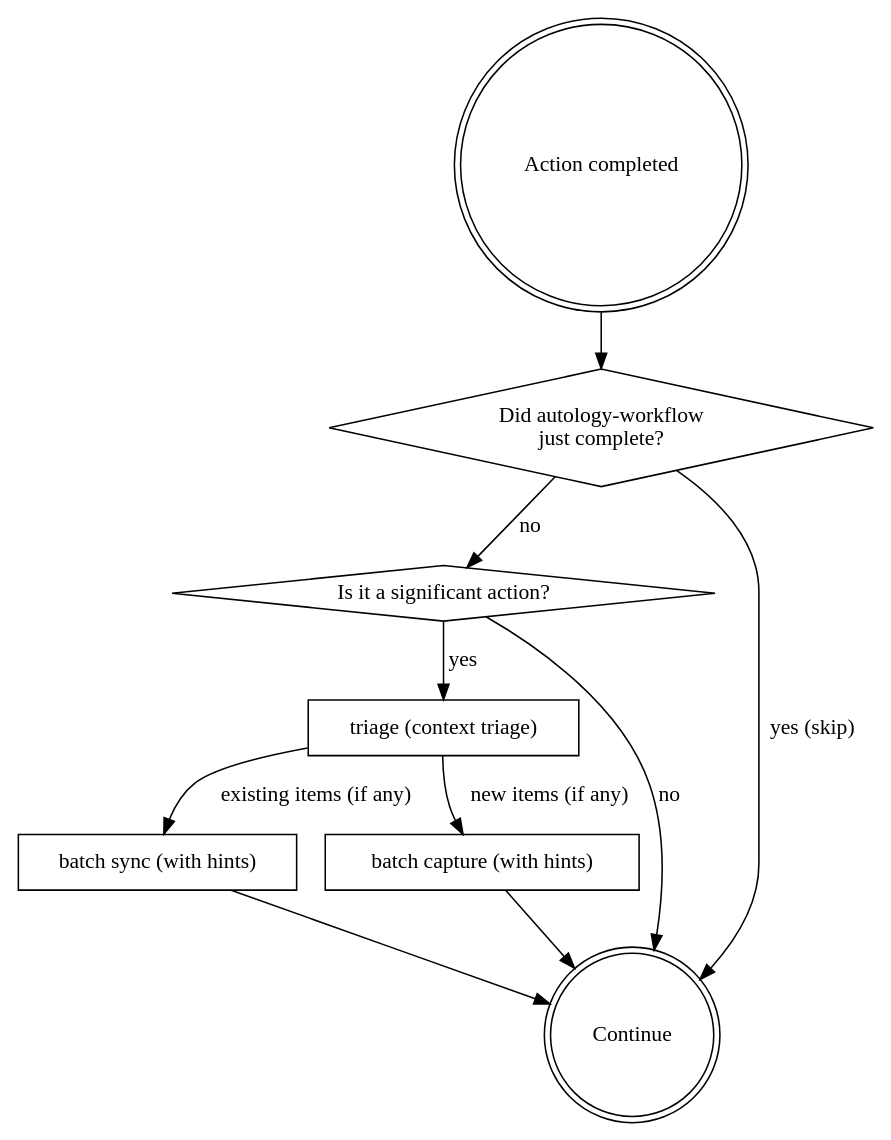
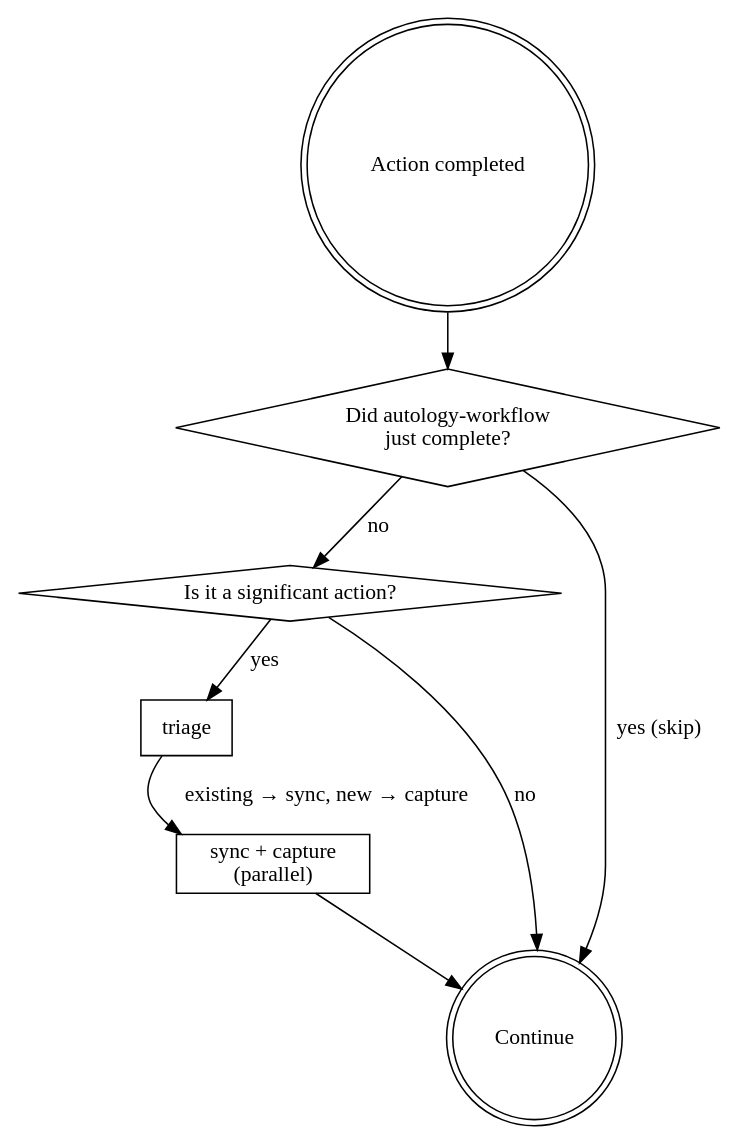
One commit to Curt-Park/autology changed the diagram in skills/autology-workflow/SKILL.md. Above: the diagram before and after it, drawn with Graphviz. The commit also changed other lines of this file, not shown here.

Commit message:
feat(workflow): run sync and capture in parallel after triage
sync and capture consume independent partitions of triage output
(existing → sync, new → capture), so they can run concurrently.

````diff
--- a/skills/autology-workflow/SKILL.md
+++ b/skills/autology-workflow/SKILL.md
@@ -42,21 +41,18 @@
 ```dot
 digraph router {
   "Action completed" [shape=doublecircle];
   "Did autology-workflow\njust complete?" [shape=diamond];
   "Is it a significant action?" [shape=diamond];
-  "triage (context triage)" [shape=box];
-  "batch sync (with hints)" [shape=box];
-  "batch capture (with hints)" [shape=box];
+  "triage" [shape=box];
+  "sync + capture\n(parallel)" [shape=box];
   "Continue" [shape=doublecircle];
 
   "Action completed" -> "Did autology-workflow\njust complete?";
   "Did autology-workflow\njust complete?" -> "Continue" [label="yes (skip)"];
   "Did autology-workflow\njust complete?" -> "Is it a significant action?" [label="no"];
-  "Is it a significant action?" -> "triage (context triage)" [label="yes"];
+  "Is it a significant action?" -> "triage" [label="yes"];
   "Is it a significant action?" -> "Continue" [label="no"];
-  "triage (context triage)" -> "batch sync (with hints)" [label="existing items (if any)"];
-  "triage (context triage)" -> "batch capture (with hints)" [label="new items (if any)"];
-  "batch sync (with hints)" -> "Continue";
-  "batch capture (with hints)" -> "Continue";
+  "triage" -> "sync + capture\n(parallel)" [label="existing → sync, new → capture"];
+  "sync + capture\n(parallel)" -> "Continue";
 }
 ```
````
